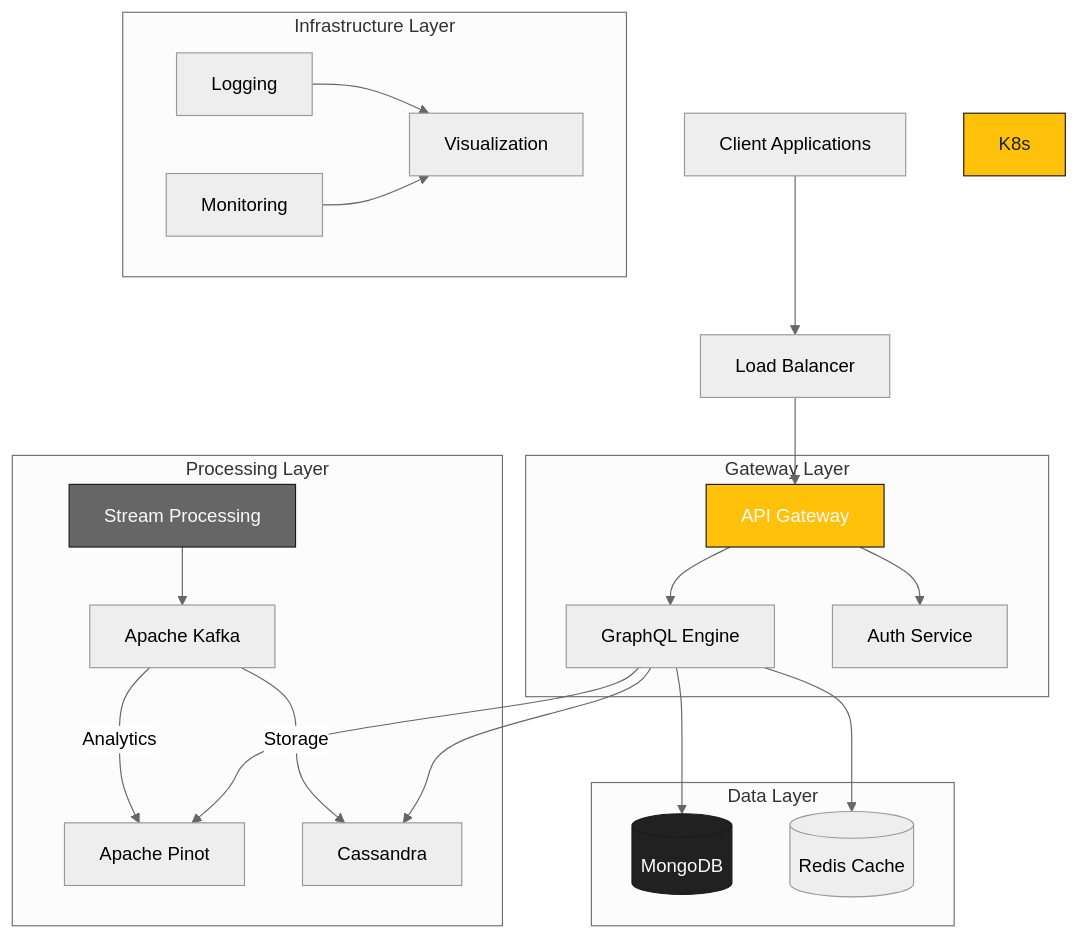
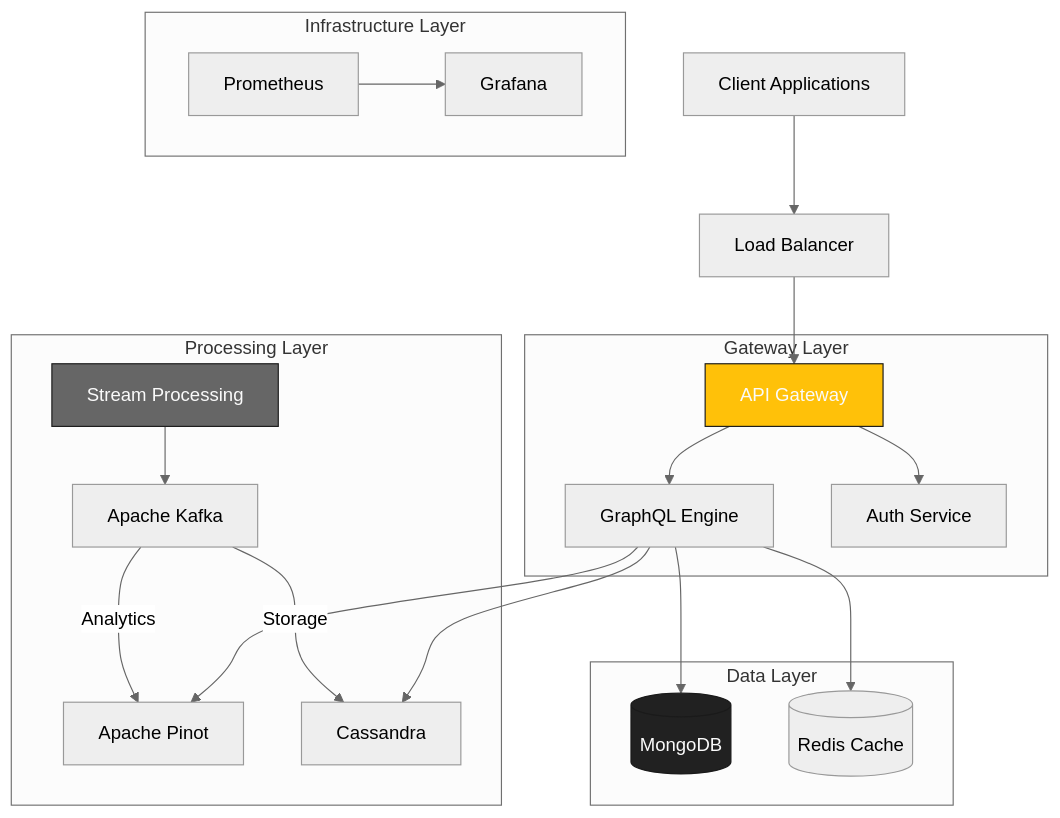
The diagram in README.md (flamingo-stack/openframe-oss-tenant), drawn with Mermaid (neutral theme) before and after one commit.

Commit message:
upd readme

````diff
--- a/README.md
+++ b/README.md
@@ -59,33 +59,31 @@
 ```mermaid
 flowchart TB
     Client[Client Applications] --> LB[Load Balancer]
     LB --> Gateway[API Gateway]
     
     subgraph "Gateway Layer"
         Gateway --> GraphQL[GraphQL Engine]
         Gateway --> Auth[Auth Service]
     end
     
     subgraph "Processing Layer"
         Stream[Stream Processing] --> Kafka[Apache Kafka]
         Kafka --> |Analytics| Pinot[Apache Pinot]
         Kafka --> |Storage| Cassandra[Cassandra]
     end
     
     subgraph "Data Layer"
         GraphQL --> MongoDB[(MongoDB)]
         GraphQL --> Cassandra
         GraphQL --> Pinot
         GraphQL --> Redis[(Redis Cache)]
     end
     
     subgraph "Infrastructure Layer"
-        Loki[Logging] --> Grafana[Visualization]
-        Prometheus[Monitoring] --> Grafana[Visualization]
+        Prometheus --> Grafana
     end
     
     style Gateway fill:#FFC109,stroke:#1A1A1A,color:#FAFAFA
     style Stream fill:#666666,stroke:#1A1A1A,color:#FAFAFA
     style MongoDB fill:#212121,stroke:#1A1A1A,color:#FAFAFA
-    style K8s fill:#FFC109,stroke:#1A1A1A,color:#212121
 ```
````
